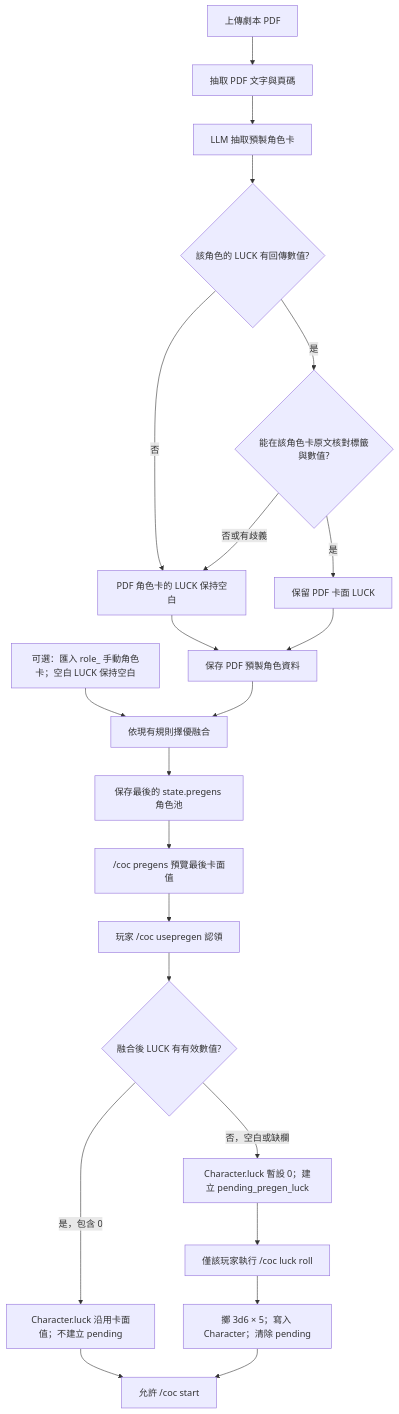
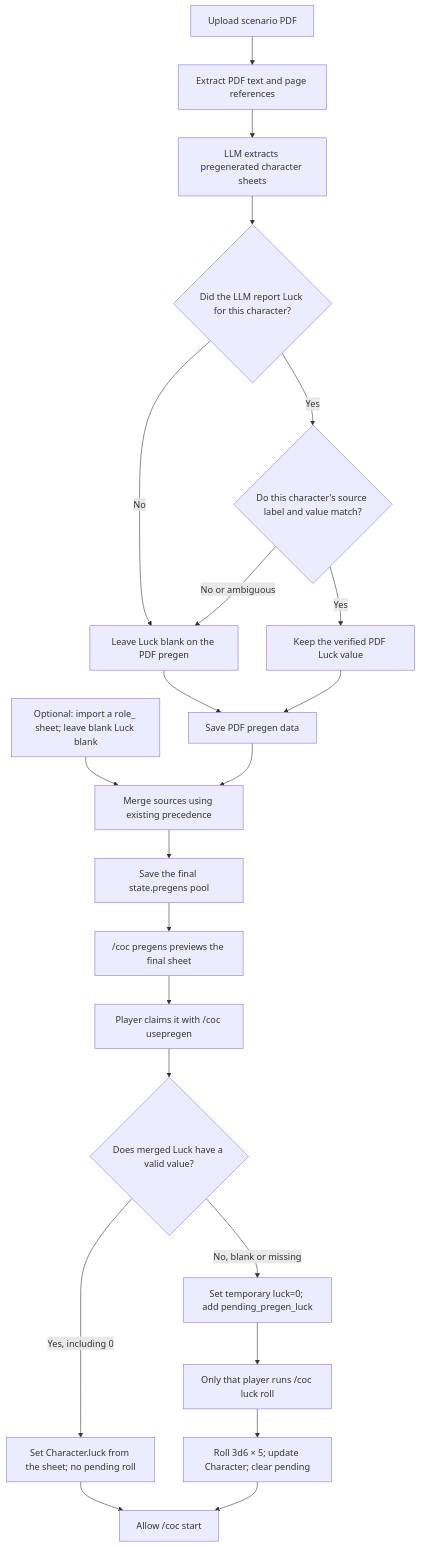
One commit to marcoliu99/line-coc-keeper changed the diagram in docs/pregen_sheet_luck_design_spec.md. Above: the diagram before and after it, drawn with Mermaid. The commit also changed other lines of this file, not shown here.

Commit message:
docs: translate pregen Luck design spec to English

````diff
--- a/docs/pregen_sheet_luck_design_spec.md
+++ b/docs/pregen_sheet_luck_design_spec.md
@@ -49,24 +62,24 @@
 ```mermaid
 flowchart TD
-    A[上傳劇本 PDF] --> B[抽取 PDF 文字與頁碼]
-    B --> C[LLM 抽取預製角色卡]
-    C --> D{該角色的 LUCK 有回傳數值?}
-    D -->|否| F[PDF 角色卡的 LUCK 保持空白]
-    D -->|是| E{能在該角色卡原文核對標籤與數值?}
-    E -->|是| G[保留 PDF 卡面 LUCK]
-    E -->|否或有歧義| F
-    F --> H[保存 PDF 預製角色資料]
+    A[Upload scenario PDF] --> B[Extract PDF text and page references]
+    B --> C[LLM extracts pregenerated character sheets]
+    C --> D{Did the LLM report Luck for this character?}
+    D -->|No| F[Leave Luck blank on the PDF pregen]
+    D -->|Yes| E{Do this character's source label and value match?}
+    E -->|Yes| G[Keep the verified PDF Luck value]
+    E -->|No or ambiguous| F
+    F --> H[Save PDF pregen data]
     G --> H
-    M["可選：匯入 role_ 手動角色卡；空白 LUCK 保持空白"] --> I[依現有規則擇優融合]
+    M["Optional: import a role_ sheet; leave blank Luck blank"] --> I[Merge sources using existing precedence]
     H --> I
-    I --> J[保存最後的 state.pregens 角色池]
-    J --> K["/coc pregens 預覽最後卡面值"]
-    K --> L["玩家 /coc usepregen 認領"]
-    L --> N{融合後 LUCK 有有效數值?}
-    N -->|是，包含 0| O["Character.luck 沿用卡面值；不建立 pending"]
-    O --> S["允許 /coc start"]
-    N -->|否，空白或缺欄| P["Character.luck 暫設 0；建立 pending_pregen_luck"]
-    P --> Q["僅該玩家執行 /coc luck roll"]
-    Q --> R["擲 3d6 × 5；寫入 Character；清除 pending"]
+    I --> J[Save the final state.pregens pool]
+    J --> K["/coc pregens previews the final sheet"]
+    K --> L["Player claims it with /coc usepregen"]
+    L --> N{Does merged Luck have a valid value?}
+    N -->|Yes, including 0| O["Set Character.luck from the sheet; no pending roll"]
+    O --> S["Allow /coc start"]
+    N -->|No, blank or missing| P["Set temporary luck=0; add pending_pregen_luck"]
+    P --> Q["Only that player runs /coc luck roll"]
+    Q --> R["Roll 3d6 × 5; update Character; clear pending"]
     R --> S
 ```
````
